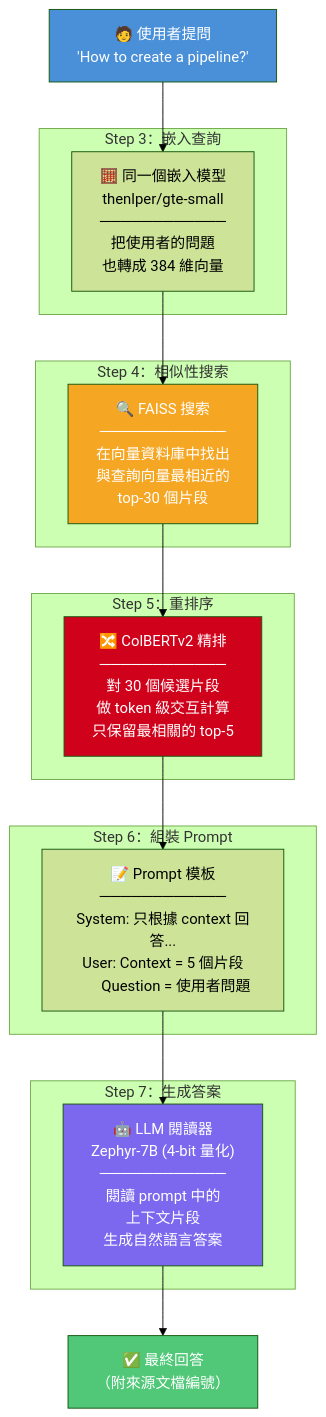
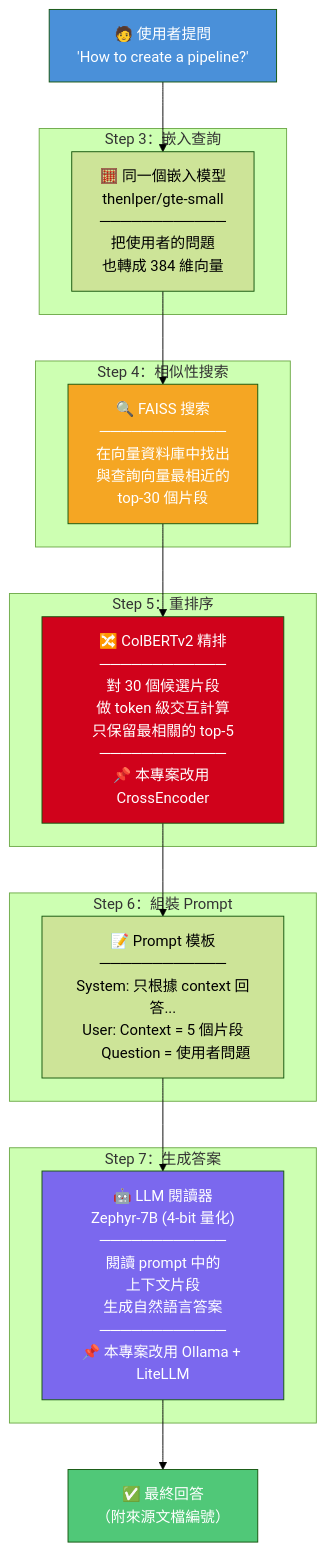
Before and after one commit to JoeW00/week6-advanced-rag: the second of 21 diagrams in docs/Advanced_RAG_Summary.md, drawn with Mermaid (forest theme). The commit also changed other lines of this file and 5 other files, not shown here.

````diff
--- a/docs/Advanced_RAG_Summary.md
+++ b/docs/Advanced_RAG_Summary.md
@@ -63,34 +78,34 @@
 ```mermaid
 flowchart TD
     Q["🧑 使用者提問\n'How to create a pipeline?'"]
 
     subgraph "Step 3：嵌入查詢"
         QE["🧮 同一個嵌入模型\nthenlper/gte-small\n────────────\n把使用者的問題\n也轉成 384 維向量"]
     end
 
     subgraph "Step 4：相似性搜索"
         SS["🔍 FAISS 搜索\n────────────\n在向量資料庫中找出\n與查詢向量最相近的\ntop-30 個片段"]
     end
 
     subgraph "Step 5：重排序"
-        RR["🔀 ColBERTv2 精排\n────────────\n對 30 個候選片段\n做 token 級交互計算\n只保留最相關的 top-5"]
+        RR["🔀 ColBERTv2 精排\n────────────\n對 30 個候選片段\n做 token 級交互計算\n只保留最相關的 top-5\n────────────\n📌 本專案改用 CrossEncoder"]
     end
 
     subgraph "Step 6：組裝 Prompt"
         PP["📝 Prompt 模板\n────────────\nSystem: 只根據 context 回答...\nUser: Context = 5 個片段\n       Question = 使用者問題"]
     end
 
     subgraph "Step 7：生成答案"
-        LLM["🤖 LLM 閱讀器\nZephyr-7B (4-bit 量化)\n────────────\n閱讀 prompt 中的\n上下文片段\n生成自然語言答案"]
+        LLM["🤖 LLM 閱讀器\nZephyr-7B (4-bit 量化)\n────────────\n閱讀 prompt 中的\n上下文片段\n生成自然語言答案\n────────────\n📌 本專案改用 Ollama + LiteLLM"]
     end
 
     ANS["✅ 最終回答\n（附來源文檔編號）"]
 
     Q --> QE --> SS --> RR --> PP --> LLM --> ANS
 
     style Q fill:#4A90D9,color:#fff
     style SS fill:#F5A623,color:#fff
     style RR fill:#D0021B,color:#fff
     style LLM fill:#7B68EE,color:#fff
     style ANS fill:#50C878,color:#fff
 ```
````
